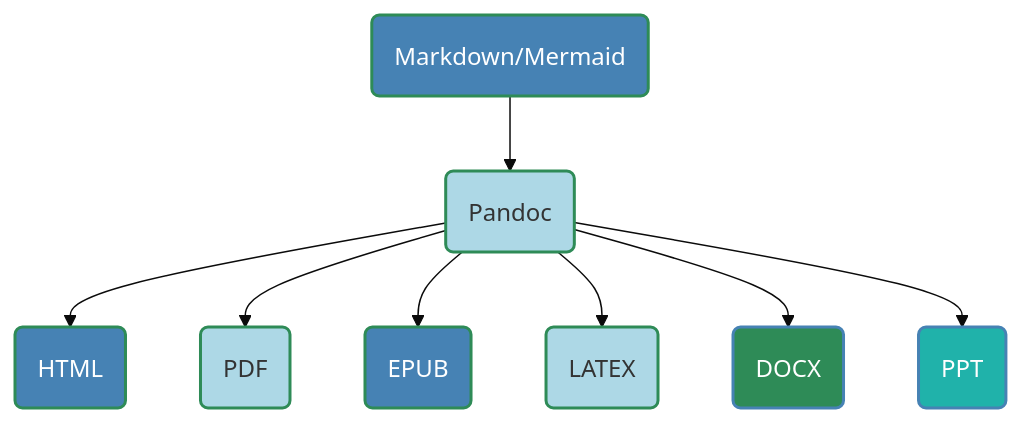
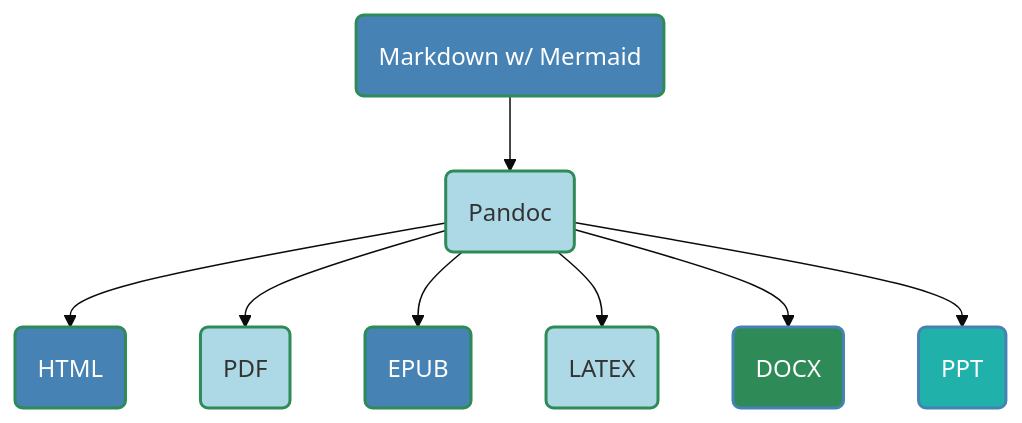
Before and after one commit to buckeye43210/markdown-to-snowkb: the third of 6 diagrams in README.md, drawn with Mermaid (base theme). The commit also changed other lines of this file, not shown here.

````diff
--- a/README.md
+++ b/README.md
@@ -117,20 +117,20 @@
 ```mermaid
 graph TD
-    A(Markdown/Mermaid)
+    A(Markdown w/ Mermaid)
     A --> B(Pandoc)
     B --> C(HTML)
     B --> D(PDF)
     B --> E(EPUB)
     B --> F(LATEX)
     B --> G(DOCX)
     B --> H(PPT)
     
     style A fill:#4682B4,stroke:#2E8B57,stroke-width:2px,color:#FFFFFF
     style B fill:#ADD8E6,stroke:#2E8B57,stroke-width:2px
     style C fill:#4682B4,stroke:#2E8B57,stroke-width:2px,color:#FFFFFF
     style D fill:#ADD8E6,stroke:#2E8B57,stroke-width:2px
     style E fill:#4682B4,stroke:#2E8B57,stroke-width:2px,color:#FFFFFF
     style F fill:#ADD8E6,stroke:#2E8B57,stroke-width:2px
     style G fill:#2E8B57,stroke:#4682B4,stroke-width:2px,color:#FFFFFF
     style H fill:#20B2AA,stroke:#4682B4,stroke-width:2px,color:#FFFFFF    
 ```
````
